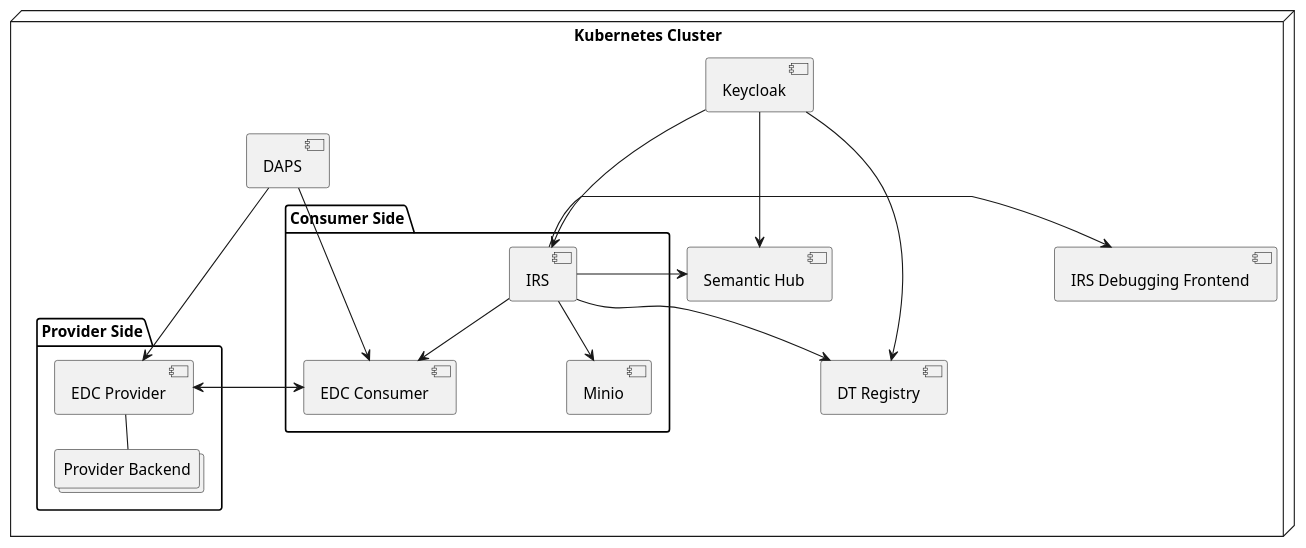
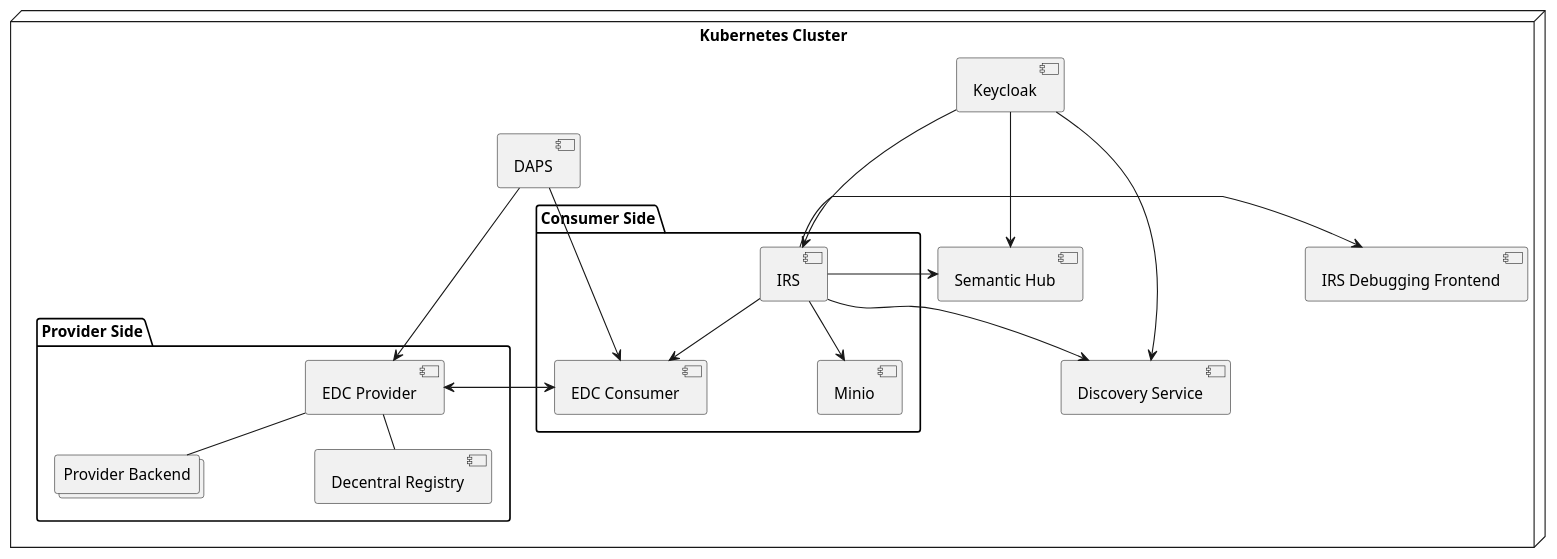
One commit to eclipse-tractusx/item-relationship-service changed the diagram in docs/src/uml-diagrams/deployment-view/level-0-isolated.puml. Above: the diagram before and after it, drawn with PlantUML. The commit also changed 7 other files, not shown here.

```diff
--- a/docs/src/uml-diagrams/deployment-view/level-0-isolated.puml
+++ b/docs/src/uml-diagrams/deployment-view/level-0-isolated.puml
@@ -1,47 +1,49 @@
 @startuml
 skinparam monochrome true
 skinparam shadowing false
 skinparam nodesep 100
 skinparam ranksep 20
 
 
 node "Kubernetes Cluster" as k8s {
 
     package "Consumer Side" {
         component IRS
         component Minio
         component "EDC Consumer" as consumer
     }
 
     package "Provider Side" {
         component "EDC Provider" as provider
         collections "Provider Backend" as submodel
+        component "Decentral Registry" as dtr
     }
 
     component Keycloak
     component "DAPS" as daps
 
-    component "DT Registry" as dtr
+    component "Discovery Service" as ds
     component "Semantic Hub" as semHub
     component "IRS Debugging Frontend" as frontend
 
     IRS --> Minio
     IRS --> consumer
-    IRS --> dtr
+    IRS --> ds
 
     daps ---> provider
     daps ---> consumer
 
     provider <-> consumer
 
     provider -- submodel
+    provider -- dtr
 
-    Keycloak ---> dtr
+    Keycloak ---> ds
     Keycloak ---> IRS
     Keycloak ---> semHub
 
     IRS -> semHub
     IRS -> frontend
 }
 
 @enduml
```
